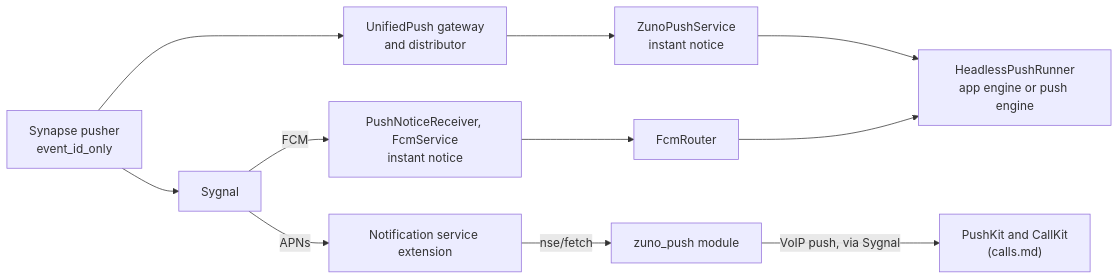
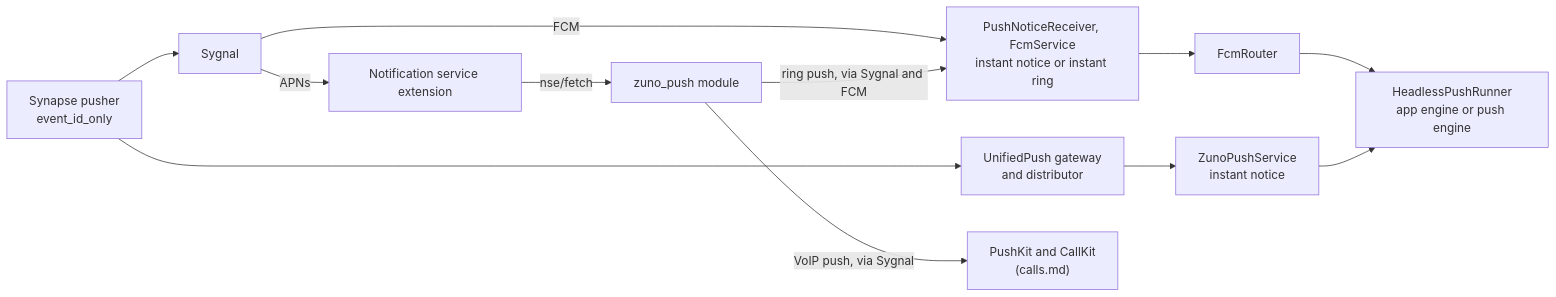
The diagram in docs/features/notifications.md (Zuno-Chat/zuno-chat), drawn with Mermaid before and after one commit. The commit also changed other lines of this file and 154 other files, not shown here.

````diff
--- a/docs/features/notifications.md
+++ b/docs/features/notifications.md
@@ -17,10 +17,11 @@
 ```mermaid
 flowchart LR
   pusher["Synapse pusher<br/>event_id_only"] --> sygnal["Sygnal"]
   pusher --> upgw["UnifiedPush gateway<br/>and distributor"] --> ups["ZunoPushService<br/>instant notice"]
-  sygnal -- FCM --> fcm["PushNoticeReceiver, FcmService<br/>instant notice"] --> router["FcmRouter"]
+  sygnal -- FCM --> fcm["PushNoticeReceiver, FcmService<br/>instant notice or instant ring"] --> router["FcmRouter"]
   router & ups --> runner["HeadlessPushRunner<br/>app engine or push engine"]
   sygnal -- APNs --> nse["Notification service extension"]
   nse -- "nse/fetch" --> module["zuno_push module"]
   module -- "VoIP push, via Sygnal" --> pushkit["PushKit and CallKit<br/>(calls.md)"]
+  module -- "ring push, via Sygnal and FCM" --> fcm
 ```
````
